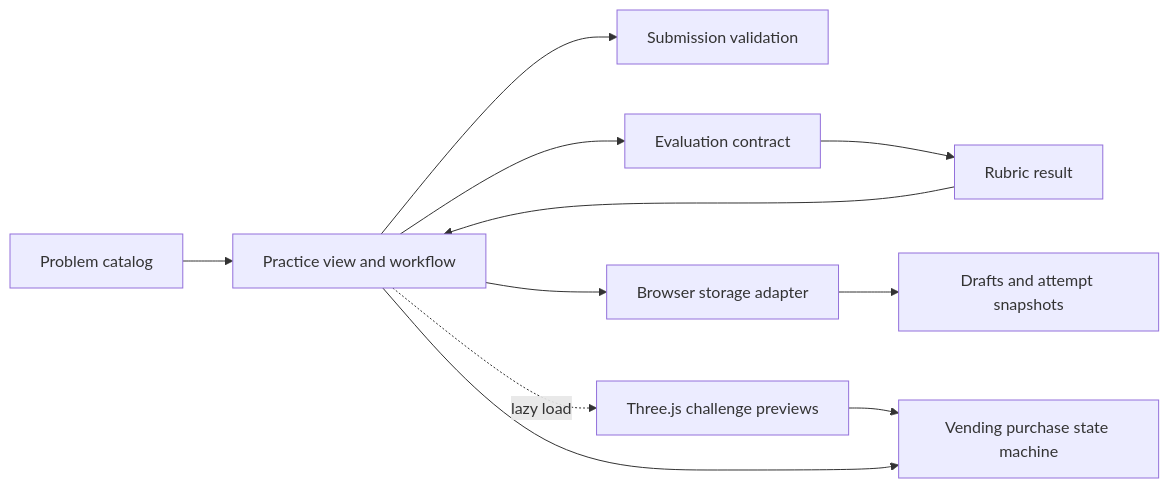
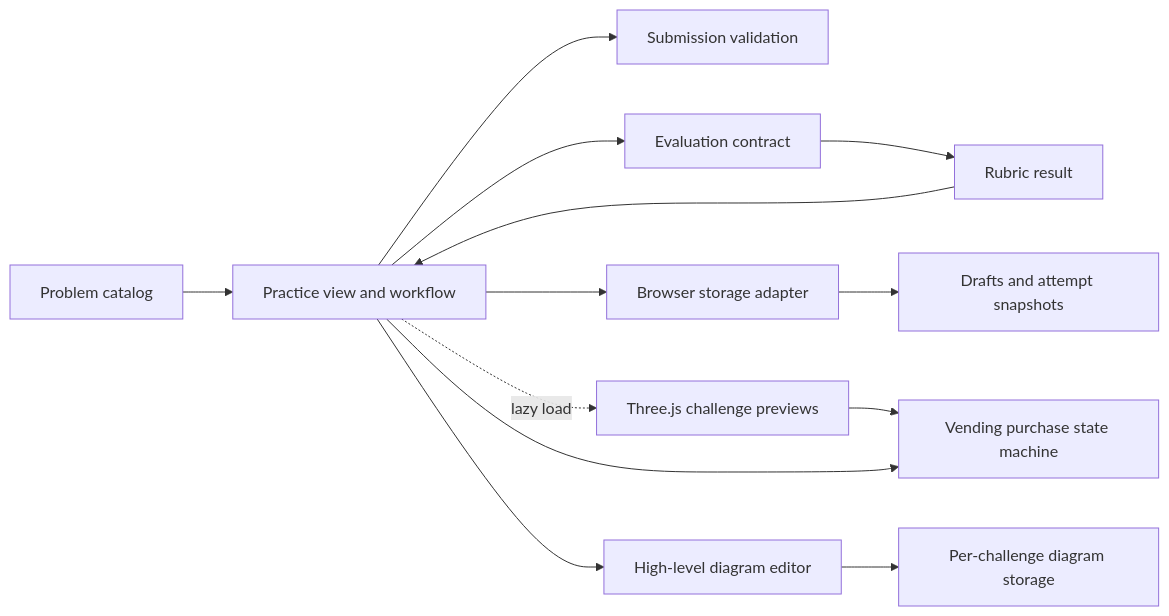
Before and after one commit to Gautam-aman/Cipher-Assessment: the diagram in docs/ARCHITECTURE.md, drawn with Mermaid. The commit also changed other lines of this file and 17 other files, not shown here.

````diff
--- a/docs/ARCHITECTURE.md
+++ b/docs/ARCHITECTURE.md
@@ -5,13 +5,15 @@
 ```mermaid
 flowchart LR
   P[Problem catalog] --> UI[Practice view and workflow]
   UI --> V[Submission validation]
   UI --> E[Evaluation contract]
   UI --> S[Browser storage adapter]
   UI -. lazy load .-> V3[Three.js challenge previews]
   V3 --> VM[Vending purchase state machine]
   UI --> VM
+  UI --> HLD[High-level diagram editor]
+  HLD --> HS[Per-challenge diagram storage]
   E --> R[Rubric result]
   R --> UI
   S --> A[Drafts and attempt snapshots]
 ```
````
